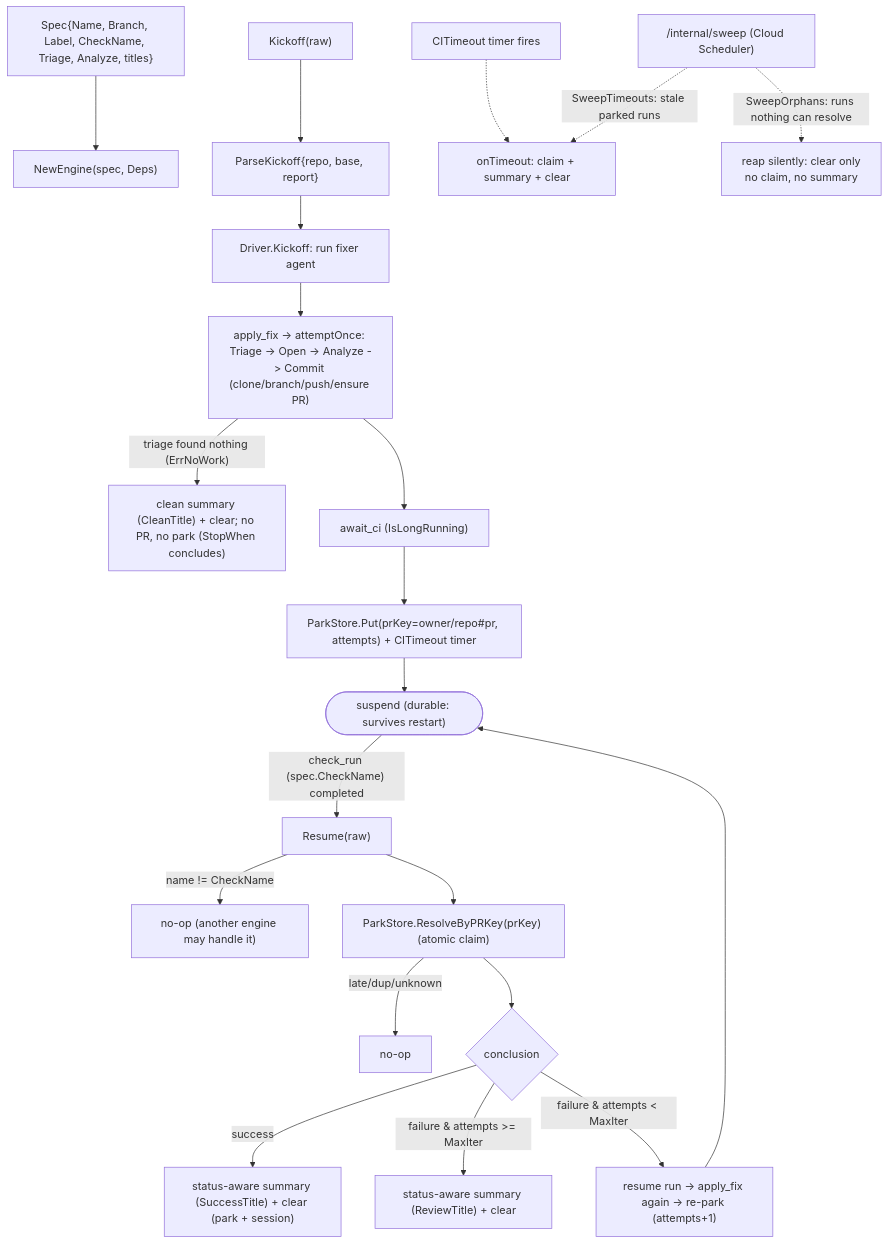
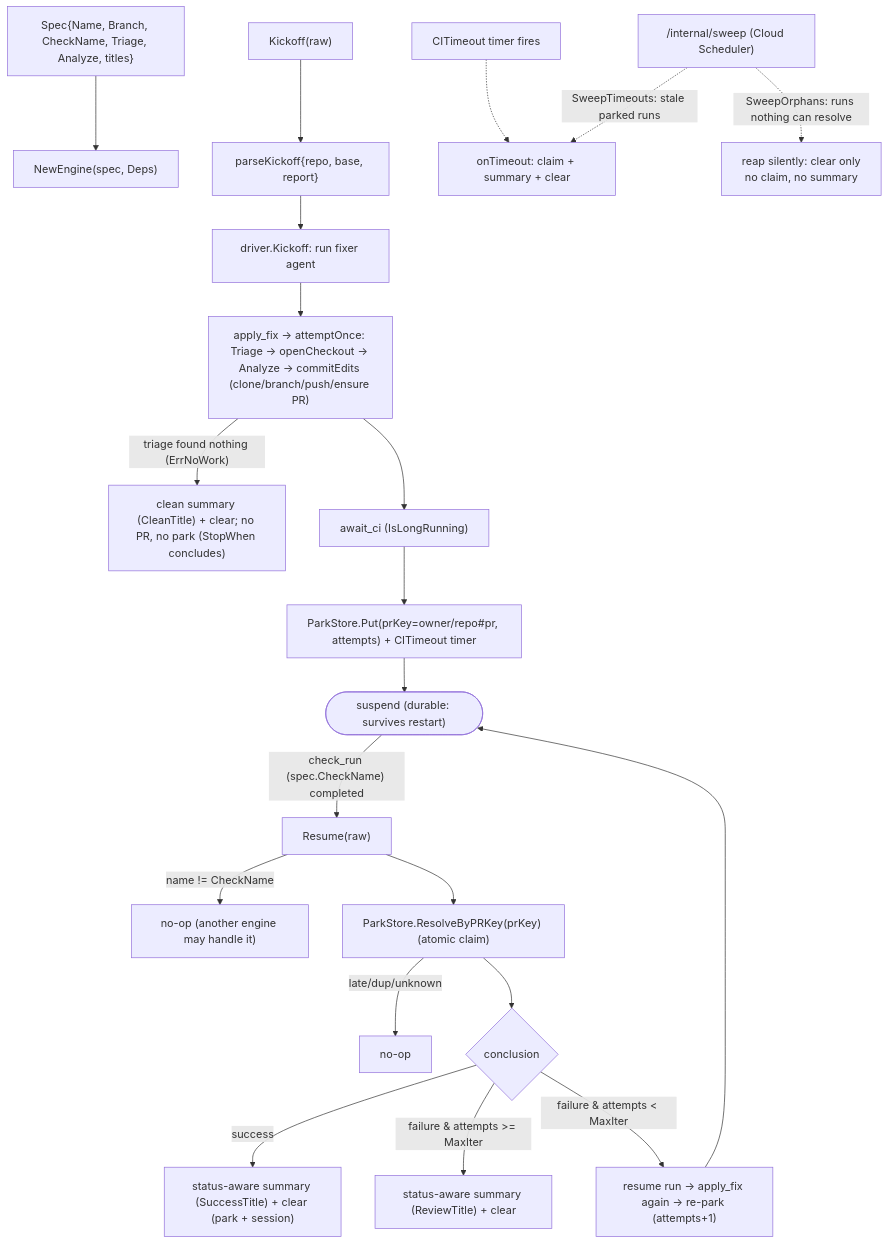
One commit to jkjamies/automation-agent changed the diagram in okf/modules/agents/fixflow.md. Above: the diagram before and after it, drawn with Mermaid. The commit also changed other lines of this file and 75 other files, not shown here.

````diff
--- a/okf/modules/agents/fixflow.md
+++ b/okf/modules/agents/fixflow.md
@@ -34,24 +34,24 @@
 ```mermaid
 flowchart TD
-    Spec["Spec{Name, Branch, Label, CheckName, Triage, Analyze, titles}"] --> E["NewEngine(spec, Deps)"]
-    K["Kickoff(raw)"] --> KP["ParseKickoff{repo, base, report}"]
-    KP --> DK["Driver.Kickoff: run fixer agent"]
-    DK --> AF["apply_fix -> attemptOnce: Triage -> Open -> Analyze -> Commit (clone/branch/push/ensure PR)"]
+    Spec["Spec{Name, Branch, CheckName, Triage, Analyze, titles}"] --> E["NewEngine(spec, Deps)"]
+    K["Kickoff(raw)"] --> KP["parseKickoff{repo, base, report}"]
+    KP --> DK["driver.Kickoff: run fixer agent"]
+    DK --> AF["apply_fix -> attemptOnce: Triage -> openCheckout -> Analyze -> commitEdits (clone/branch/push/ensure PR)"]
     AF -->|"triage found nothing (ErrNoWork)"| CLN["clean summary (CleanTitle) + clear; no PR, no park (StopWhen concludes)"]
     AF --> AW["await_ci (IsLongRunning)"]
     AW --> PK["ParkStore.Put(prKey=owner/repo#pr, attempts) + CITimeout timer"]
     PK --> SUS(["suspend (durable: survives restart)"])
 
     SUS -->|"check_run (spec.CheckName) completed"| R["Resume(raw)"]
     R -->|"name != CheckName"| NO["no-op (another engine may handle it)"]
     R --> RES["ParkStore.ResolveByPRKey(prKey) (atomic claim)"]
     RES -->|"late/dup/unknown"| NO2["no-op"]
     RES --> C{conclusion}
     C -->|success| OK["status-aware summary (SuccessTitle) + clear (park + session)"]
     C -->|"failure & attempts >= MaxIter"| HRV["status-aware summary (ReviewTitle) + clear"]
     C -->|"failure & attempts < MaxIter"| RT["resume run -> apply_fix again -> re-park (attempts+1)"]
     RT --> SUS
     TO["CITimeout timer fires"] -.-> TON["onTimeout: claim + summary + clear"]
     SW["/internal/sweep (Cloud Scheduler)"] -.->|"SweepTimeouts: stale parked runs"| TON
     SW -.->|"SweepOrphans: runs nothing can resolve"| ORPH["reap silently: clear only<br/>no claim, no summary"]
 ```
````
